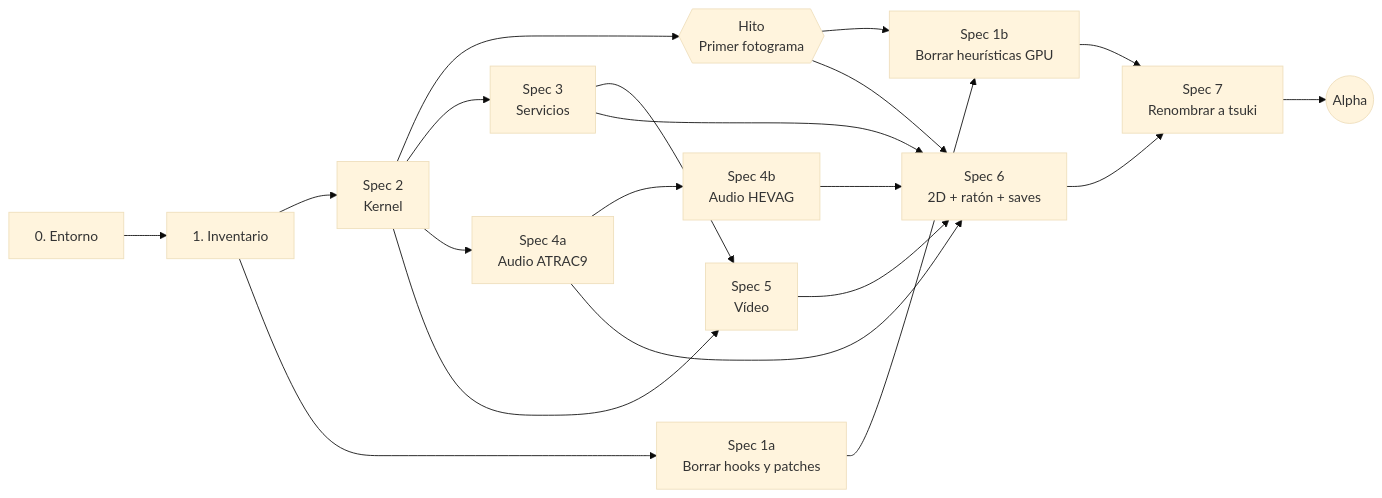
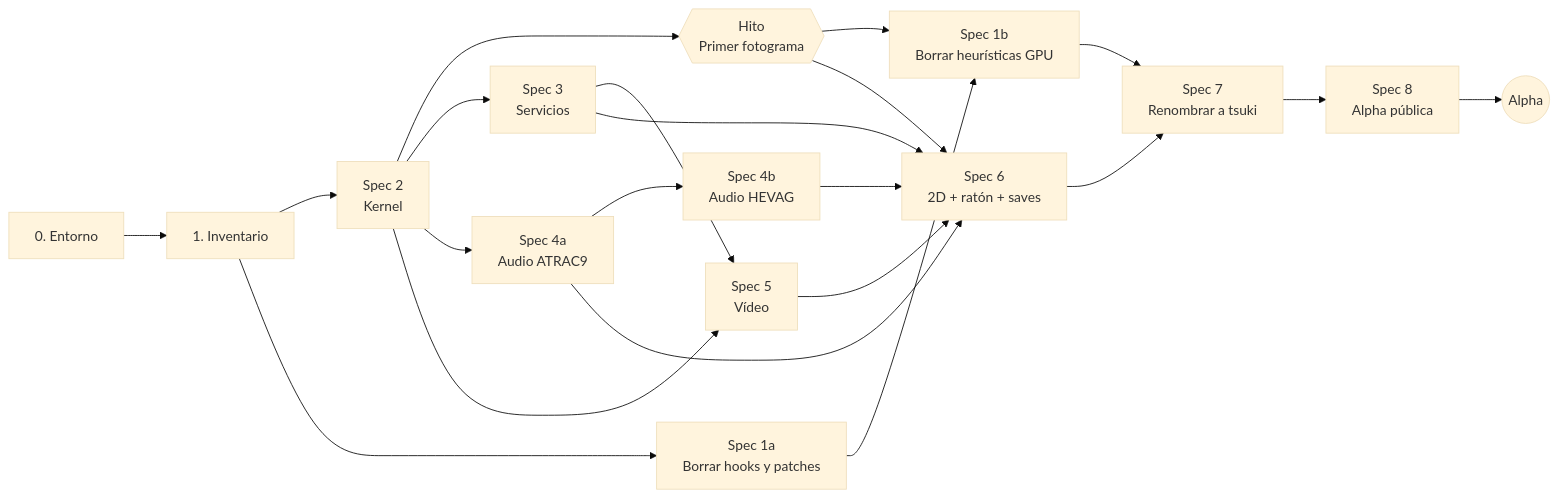
The diagram in docs/tsuki/ROADMAP.md (Waffle631/Project-Blue-Moon), drawn with Mermaid (base theme) before and after one commit. The commit also changed other lines of this file and 1 other file, not shown here.

First line of the commit message:
Docs(Spec8): Spec 8 en el roadmap y en CLAUDE.md

````diff
--- a/docs/tsuki/ROADMAP.md
+++ b/docs/tsuki/ROADMAP.md
@@ -198,22 +206,23 @@
 ```mermaid
 flowchart LR
     E0[0. Entorno] --> E1[1. Inventario]
     E1 --> S2[Spec 2<br/>Kernel]
     E1 --> S1A[Spec 1a<br/>Borrar hooks y patches]
     S2 --> H{{Hito<br/>Primer fotograma}}
     S1A --> S1B[Spec 1b<br/>Borrar heurísticas GPU]
     H --> S1B
     S2 --> S3[Spec 3<br/>Servicios]
     S2 --> S4A[Spec 4a<br/>Audio ATRAC9]
     S4A --> S4B[Spec 4b<br/>Audio HEVAG]
     S2 --> S5[Spec 5<br/>Vídeo]
     S3 --> S5
     H --> S6[Spec 6<br/>2D + ratón + saves]
     S3 --> S6
     S4A --> S6
     S4B --> S6
     S5 --> S6
     S6 --> S7[Spec 7<br/>Renombrar a tsuki]
     S1B --> S7
-    S7 --> A((Alpha))
+    S7 --> S8[Spec 8<br/>Alpha pública]
+    S8 --> A((Alpha))
 ```
````
